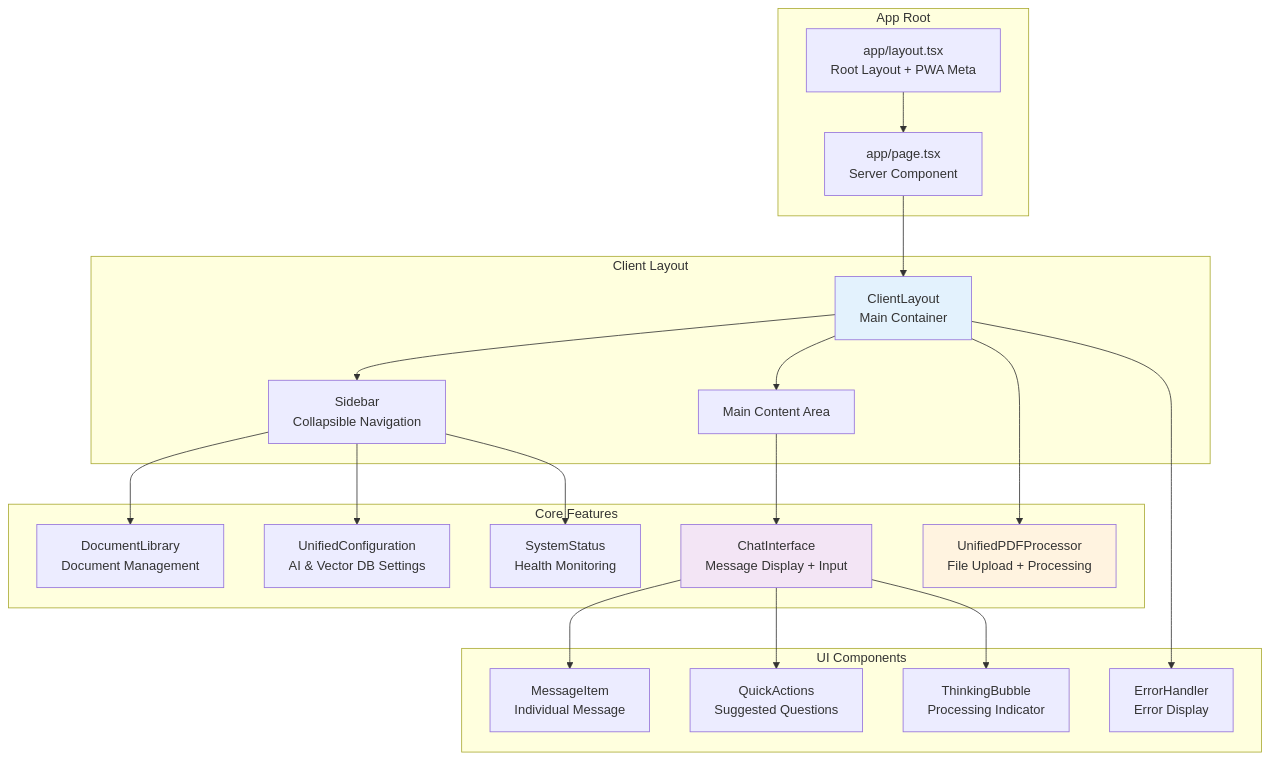
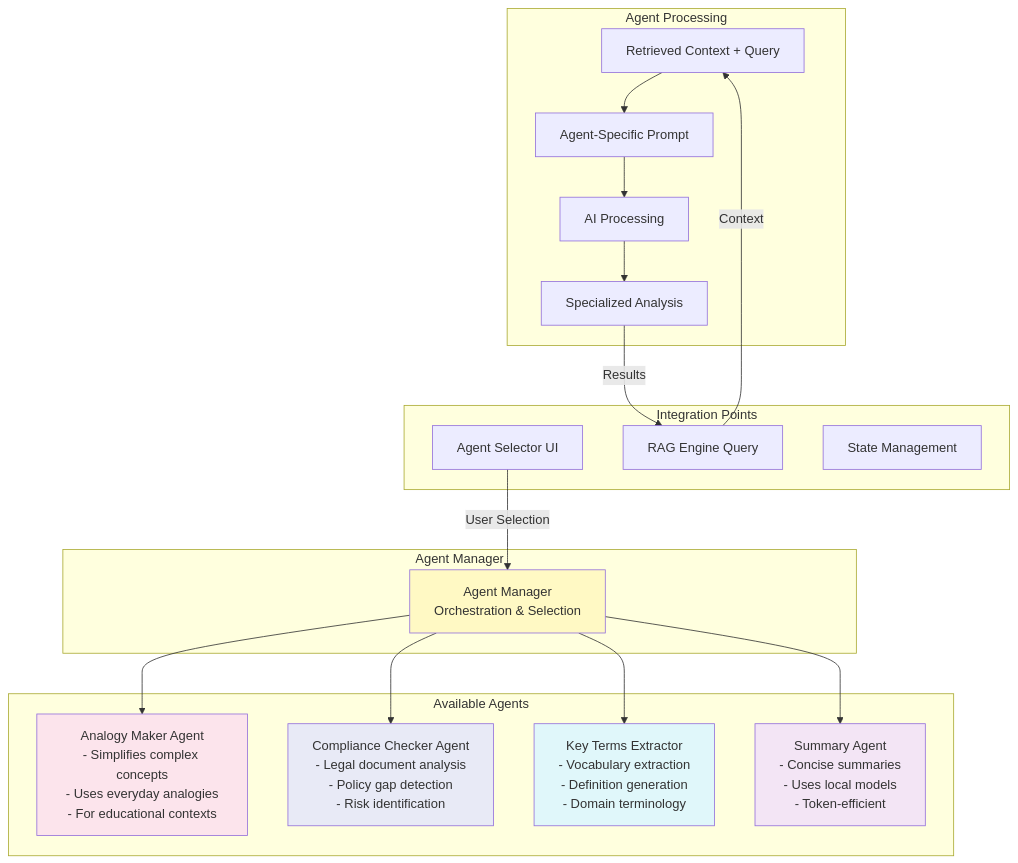
Before and after one commit to Kedhareswer/QuantumPDF_ChatApp_VectorDB: the seventh of 16 diagrams in docs/ARCHITECTURE_FLOWS.md, drawn with Mermaid. The commit also changed other lines of this file and 58 other files, not shown here.

````diff
--- a/docs/ARCHITECTURE_FLOWS.md
+++ b/docs/ARCHITECTURE_FLOWS.md
@@ -357,50 +386,45 @@
 ```mermaid
 graph TB
-    subgraph "App Root"
-        LAYOUT[app/layout.tsx<br/>Root Layout + PWA Meta]
-        PAGE[app/page.tsx<br/>Server Component]
+    subgraph "Agent Manager"
+        MGR[Agent Manager<br/>Orchestration & Selection]
     end
 
-    subgraph "Client Layout"
-        CLIENT[ClientLayout<br/>Main Container]
-        SIDEBAR[Sidebar<br/>Collapsible Navigation]
-        MAIN[Main Content Area]
+    subgraph "Available Agents"
+        A1[Analogy Maker Agent<br/>- Simplifies complex concepts<br/>- Uses everyday analogies<br/>- For educational contexts]
+        A2[Compliance Checker Agent<br/>- Legal document analysis<br/>- Policy gap detection<br/>- Risk identification]
+        A3[Key Terms Extractor<br/>- Vocabulary extraction<br/>- Definition generation<br/>- Domain terminology]
+        A4[Summary Agent<br/>- Concise summaries<br/>- Uses local models<br/>- Token-efficient]
     end
 
-    subgraph "Core Features"
-        CHAT[ChatInterface<br/>Message Display + Input]
-        DOCS[DocumentLibrary<br/>Document Management]
-        UPLOAD[UnifiedPDFProcessor<br/>File Upload + Processing]
-        CONFIG[UnifiedConfiguration<br/>AI & Vector DB Settings]
-        STATUS[SystemStatus<br/>Health Monitoring]
+    subgraph "Agent Processing"
+        INPUT[Retrieved Context + Query]
+        PROMPT[Agent-Specific Prompt]
+        PROCESS[AI Processing]
+        OUTPUT[Specialized Analysis]
     end
 
-    subgraph "UI Components"
-        MSG[MessageItem<br/>Individual Message]
-        QUICK[QuickActions<br/>Suggested Questions]
-        THINKING[ThinkingBubble<br/>Processing Indicator]
-        ERRORS[ErrorHandler<br/>Error Display]
+    subgraph "Integration Points"
+        UI[Agent Selector UI]
+        RAG[RAG Engine Query]
+        STORE[State Management]
     end
 
-    LAYOUT --> PAGE
-    PAGE --> CLIENT
-    CLIENT --> SIDEBAR
-    CLIENT --> MAIN
+    UI -->|User Selection| MGR
+    MGR --> A1
+    MGR --> A2
+    MGR --> A3
+    MGR --> A4
+    
+    INPUT --> PROMPT
+    PROMPT --> PROCESS
+    PROCESS --> OUTPUT
+    
+    RAG -->|Context| INPUT
+    OUTPUT -->|Results| RAG
 
-    SIDEBAR --> DOCS
-    SIDEBAR --> CONFIG
-    SIDEBAR --> STATUS
-
-    MAIN --> CHAT
-
-    CHAT --> MSG
-    CHAT --> QUICK
-    CHAT --> THINKING
-
-    CLIENT --> UPLOAD
-    CLIENT --> ERRORS
-
-    style CLIENT fill:#e3f2fd
-    style CHAT fill:#f3e5f5
-    style UPLOAD fill:#fff3e0
+    style A1 fill:#fce4ec
+    style A2 fill:#e8eaf6
+    style A3 fill:#e0f7fa
+    style A4 fill:#f3e5f5
+    style MGR fill:#fff9c4
 ```
````
